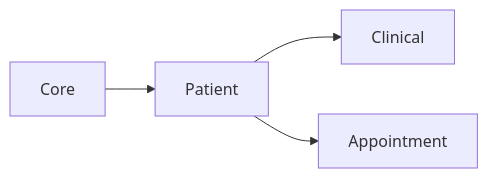
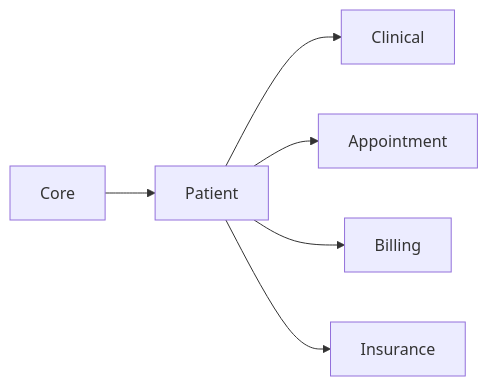
One commit to Flowrise-HMS/Patient changed the diagram in README.md. Above: the diagram before and after it, drawn with Mermaid. The commit also changed other lines of this file, not shown here.

Commit message:
docs(patient): update README dependency diagram

````diff
--- a/README.md
+++ b/README.md
@@ -14,10 +14,14 @@
 ```mermaid
 flowchart LR
   Core[Core]
   Patient[Patient]
   Clinical[Clinical]
   Appointment[Appointment]
+  Billing[Billing]
+  Insurance[Insurance]
   Core --> Patient
   Patient --> Clinical
   Patient --> Appointment
+  Patient --> Billing
+  Patient --> Insurance
 ```
````
